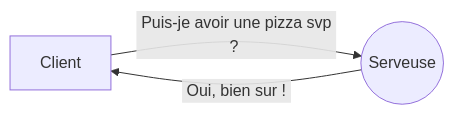
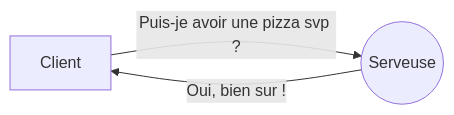
One commit to ZamBoyle/Eqla_HTML changed the first of 4 diagrams in README.md. Above: the diagram before and after it, drawn with Mermaid.

````diff
--- a/README.md
+++ b/README.md
@@ -27,5 +27,5 @@
 ```mermaid
 graph LR
-A[Client] -- &nbsp;Puis-je avoir une pizza svp ?&nbsp; --> B((Serveuse))
-B -- &nbsp;Oui, bien sur !&nbsp;  --> A
+A[Client] -- Puis-je avoir une pizza svp ? --> B((Serveuse))
+B -- Oui, bien sur !  --> A
 ```
````
